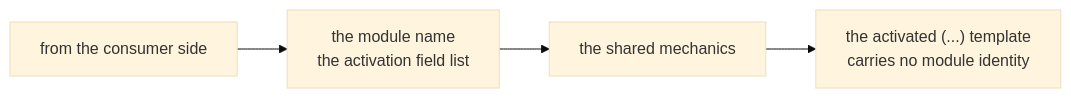
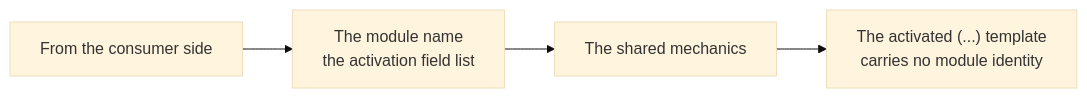
The diagram in Source/Content/Mermaid/core-ledger-module-fields.mmd (PlayForm/Site-DeepSeek), drawn with Mermaid (base theme) before and after one commit. The commit also changed 136 other files, not shown here.

```diff
--- a/Source/Content/Mermaid/core-ledger-module-fields.mmd
+++ b/Source/Content/Mermaid/core-ledger-module-fields.mmd
@@ -1,4 +1,4 @@
 flowchart LR
-	MOD["from the consumer side"] --> FIELDS["the module name<br/>the activation field list"]
-	FIELDS --> MECH["the shared mechanics"]
-	MECH --> TEMPLATE["the activated (...) template<br/>carries no module identity"]
+	MOD["From the consumer side"] --> FIELDS["The module name<br/>the activation field list"]
+	FIELDS --> MECH["The shared mechanics"]
+	MECH --> TEMPLATE["The activated (...) template<br/>carries no module identity"]
```
